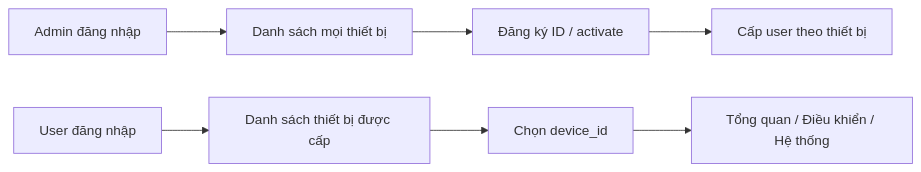
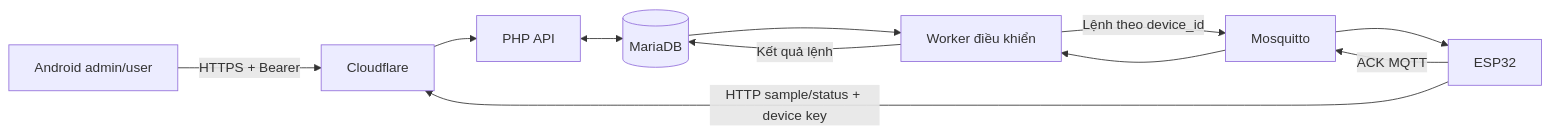
The first of 4 diagrams in docs/system-flow.md (LunaBui17/smartpool), drawn with Mermaid before and after one commit. The commit also changed other lines of this file and 25 other files, not shown here.

Commit message:
update app for user and admin

````diff
--- a/docs/system-flow.md
+++ b/docs/system-flow.md
@@ -7,9 +10,13 @@
 ```mermaid
 flowchart LR
-    A[Admin đăng nhập] --> B[Danh sách mọi thiết bị]
-    B --> C[Đăng ký ID / activate]
-    C --> D[Cấp user theo thiết bị]
-    U[User đăng nhập] --> L[Danh sách thiết bị được cấp]
-    L --> S[Chọn device_id]
-    S --> V[Tổng quan / Điều khiển / Hệ thống]
+    A[Android admin/user] -->|HTTPS + Bearer| T[Cloudflare]
+    T --> P[PHP API]
+    P <--> D[(MariaDB)]
+    D --> W[Worker điều khiển]
+    W -->|Lệnh theo device_id| M[Mosquitto]
+    M --> E[ESP32]
+    E -->|ACK MQTT| M
+    M --> W
+    W -->|Kết quả lệnh| D
+    E -->|HTTP sample/status + device key| T
 ```
````
